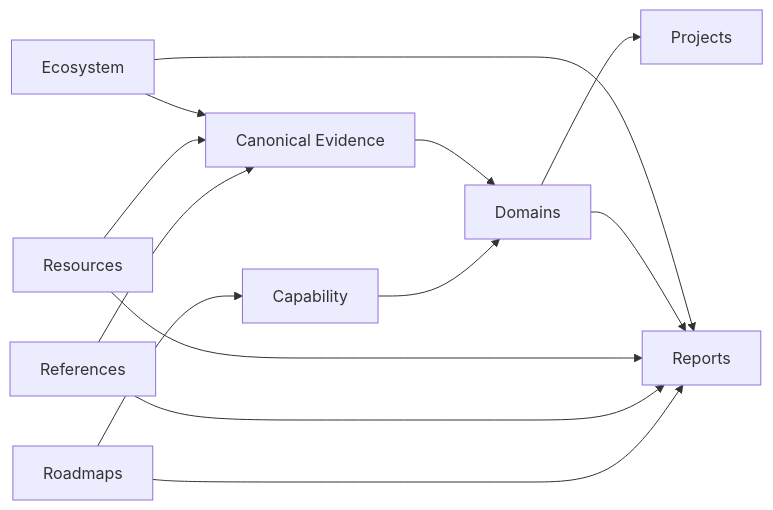
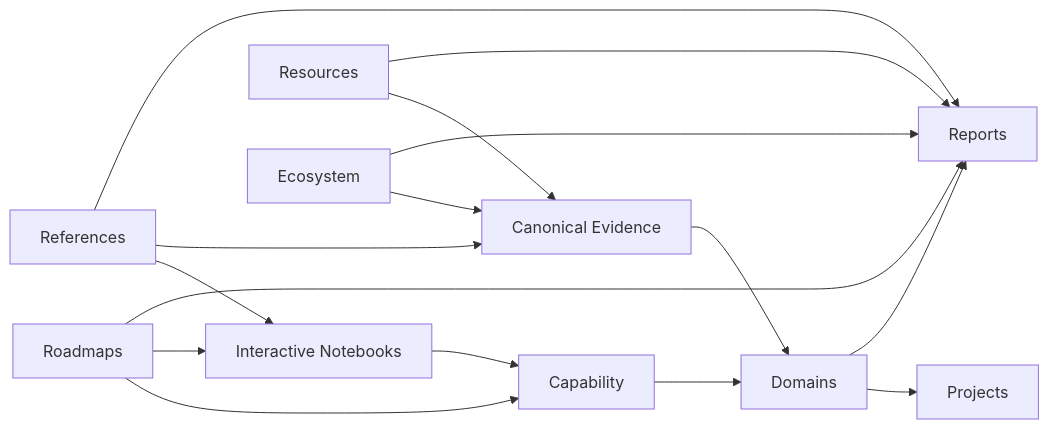
The diagram in ARCHITECTURE.md (akin-oz/materials-atlas), drawn with Mermaid before and after one commit. The commit also changed other lines of this file and 17 other files, not shown here.

````diff
--- a/ARCHITECTURE.md
+++ b/ARCHITECTURE.md
@@ -25,15 +26,18 @@
 ```mermaid
 flowchart LR
     Roadmaps[Roadmaps] --> Capability[Capability]
+    Roadmaps --> Notebooks[Interactive Notebooks]
+    References --> Notebooks
+    Notebooks --> Capability
     References[References] --> Evidence[Canonical Evidence]
     Resources[Resources] --> Evidence
     Ecosystem[Ecosystem] --> Evidence
     Capability --> Domains[Domains]
     Evidence --> Domains
     Domains --> Projects[Projects]
     Roadmaps --> Reports[Reports]
     References --> Reports
     Resources --> Reports
     Domains --> Reports
     Ecosystem --> Reports
 ```
````
